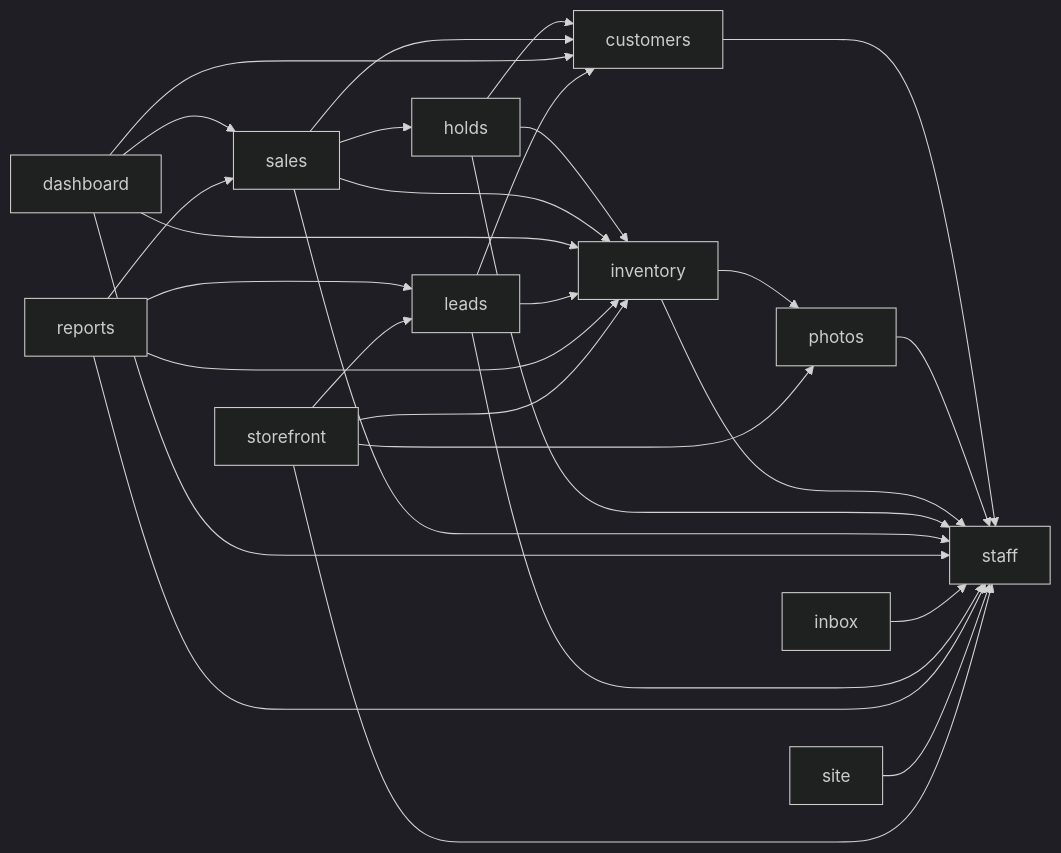
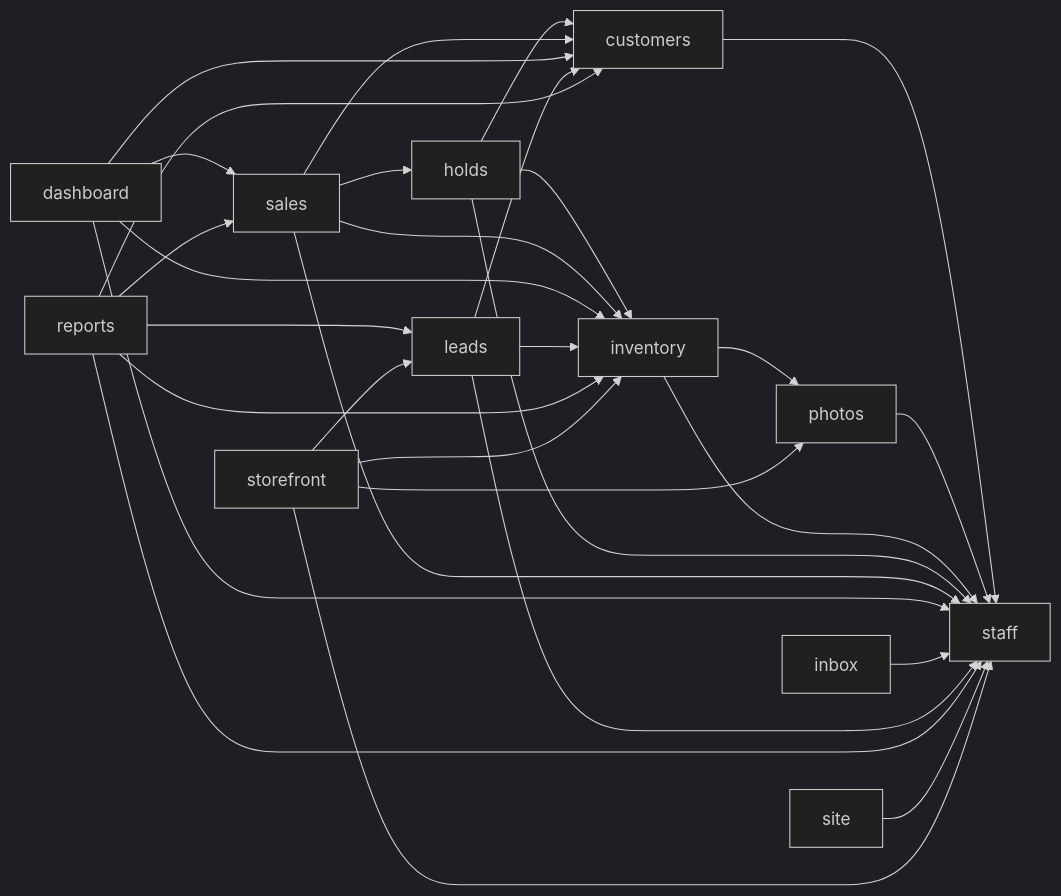
One commit to Ignibyte/aic-demo changed the diagram in docs/wiki/README.md. Above: the diagram before and after it, drawn with Mermaid (dark theme). The commit also changed other lines of this file and 92 other files, not shown here.

````diff
--- a/docs/wiki/README.md
+++ b/docs/wiki/README.md
@@ -79,32 +79,33 @@
 ```mermaid
 graph LR
     staff
     customers --> staff
     photos --> staff
     inventory --> staff
     inventory --> photos
     holds --> staff
     holds --> inventory
     holds --> customers
     sales --> inventory
     sales --> customers
     sales --> staff
     sales --> holds
     dashboard --> customers
     dashboard --> inventory
     dashboard --> sales
     dashboard --> staff
     inbox --> staff
     leads --> staff
     leads --> inventory
     leads --> customers
     reports --> staff
     reports --> inventory
     reports --> sales
     reports --> leads
+    reports --> customers
     site --> staff
     storefront --> inventory
     storefront --> photos
     storefront --> staff
     storefront --> leads
 ```
````
